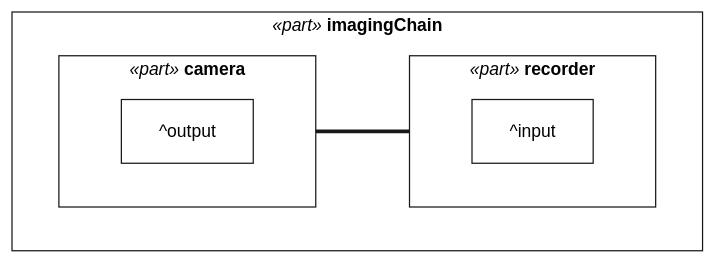
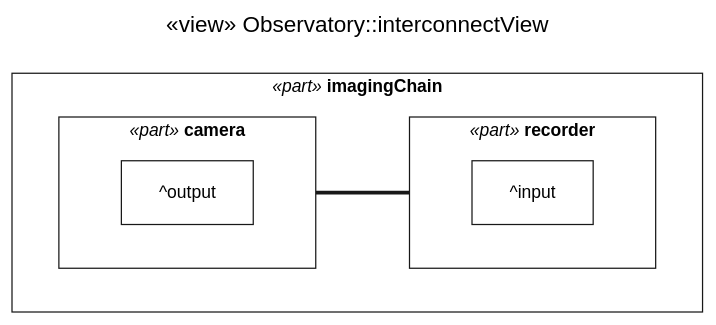
The first of 2 diagrams in docs/manual/examples/observatory.md (Open-MBEE/OpenSysML), drawn with Mermaid before and after one commit. The commit also changed 50 other files, not shown here.

First line of the commit message:
fix(view): carry the view frame through PlantUML, the proto and the committed outputs

````diff
--- a/docs/manual/examples/observatory.md
+++ b/docs/manual/examples/observatory.md
@@ -59,40 +59,41 @@
 ```mermaid
 ---
 config:
   fontFamily: "Helvetica, Arial, sans-serif"
   theme: base
   themeCSS: ".edgeLabel rect { opacity: 1 !important; } .cluster-label .nodeLabel { text-align: center; }"
   themeVariables:
     fontFamily: "Helvetica, Arial, sans-serif"
     fontSize: "14px"
     primaryColor: "#FFFFFF"
     secondaryColor: "#FFFFFF"
     tertiaryColor: "#FFFFFF"
     background: "#FFFFFF"
     primaryBorderColor: "#181818"
     primaryTextColor: "#000000"
     lineColor: "#181818"
     textColor: "#000000"
     noteBkgColor: "#FEFFDD"
     noteBorderColor: "#181818"
     noteTextColor: "#000000"
     clusterBkg: "#FFFFFF"
     clusterBorder: "#181818"
     edgeLabelBackground: "#FFFFFF"
+title: "«view» Observatory::interconnectView"
 ---
 %% Observatory::interconnectView — interconnection rendering (render asInterconnectionDiagram)
 flowchart LR
   subgraph n0 ["`*«part»* **imagingChain**`"]
     direction LR
     subgraph n1 ["`*«part»* **camera**`"]
       direction LR
       n1.0["^output"]
     end
     subgraph n2 ["`*«part»* **recorder**`"]
       direction LR
       n2.0["^input"]
     end
   end
   n1.0 === n2.0
   linkStyle 0 stroke-width:3px
 ```
````
